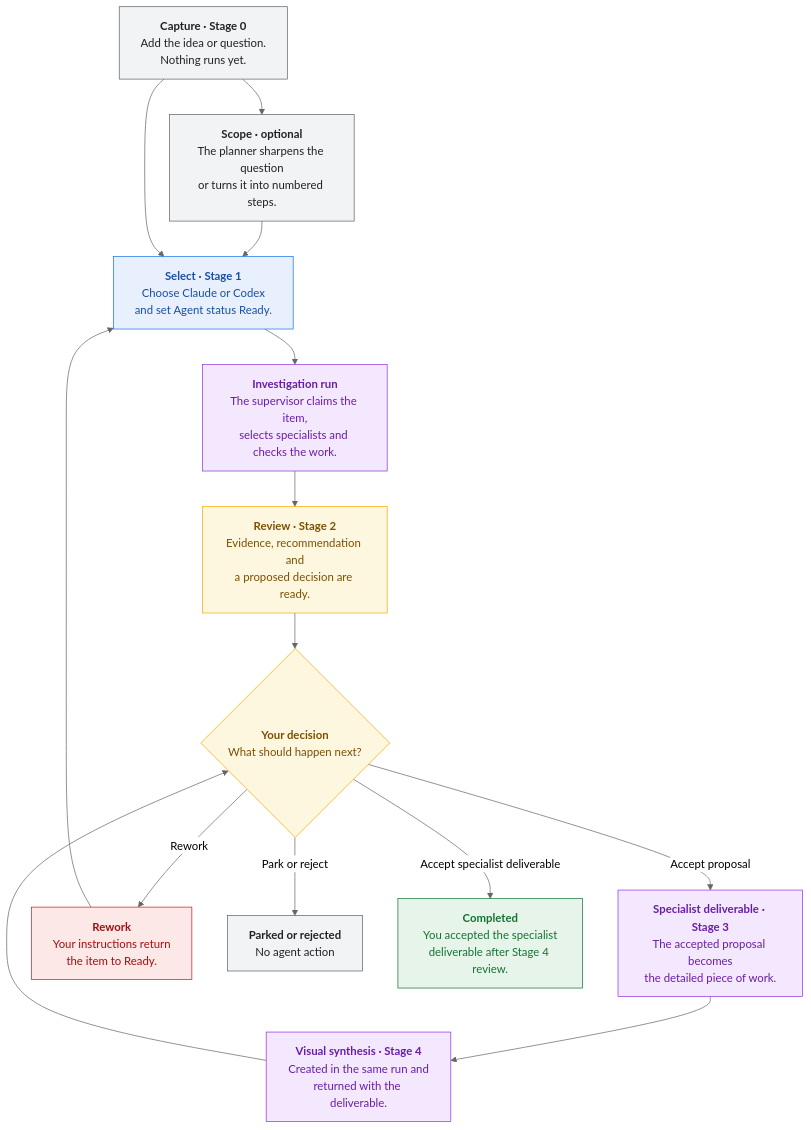
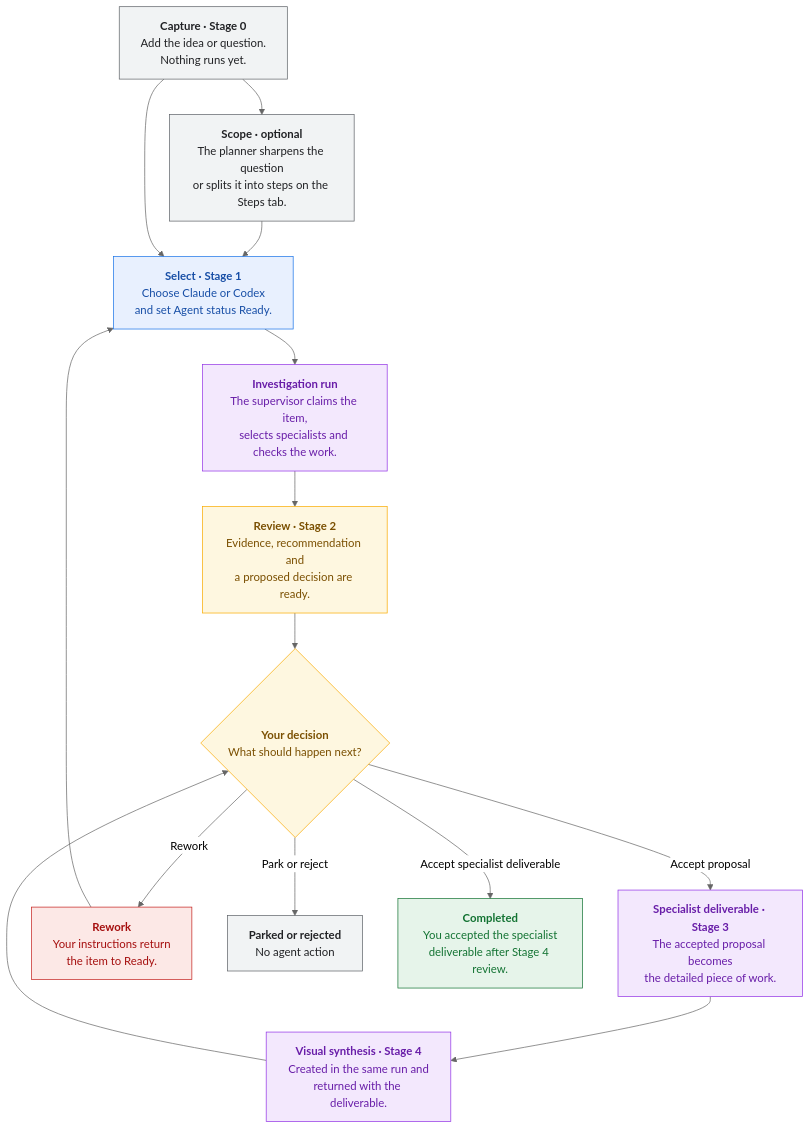
Before and after one commit to Welladino/Horology: the second of 2 diagrams in docs/runbook/setup/how-horology-works.md, drawn with Mermaid (neutral theme). The commit also changed other lines of this file and 16 other files, not shown here.

````diff
--- a/docs/runbook/setup/how-horology-works.md
+++ b/docs/runbook/setup/how-horology-works.md
@@ -71,35 +71,35 @@
 ```mermaid
 flowchart TB
   capture["<b>Capture · Stage 0</b><br/>Add the idea or question.<br/>Nothing runs yet."]
-  plan["<b>Scope · optional</b><br/>The planner sharpens the question<br/>or turns it into numbered steps."]
+  plan["<b>Scope · optional</b><br/>The planner sharpens the question<br/>or splits it into steps on the Steps tab."]
   ready["<b>Select · Stage 1</b><br/>Choose Claude or Codex<br/>and set Agent status Ready."]
   investigate["<b>Investigation run</b><br/>The supervisor claims the item,<br/>selects specialists and checks the work."]
   proposal["<b>Review · Stage 2</b><br/>Evidence, recommendation and<br/>a proposed decision are ready."]
   decision{"<b>Your decision</b><br/>What should happen next?"}
   deliverable["<b>Specialist deliverable · Stage 3</b><br/>The accepted proposal becomes<br/>the detailed piece of work."]
   synthesis["<b>Visual synthesis · Stage 4</b><br/>Created in the same run and<br/>returned with the deliverable."]
   revise["<b>Rework</b><br/>Your instructions return<br/>the item to Ready."]
   stopped["<b>Parked or rejected</b><br/>No agent action"]
   done["<b>Completed</b><br/>You accepted the specialist<br/>deliverable after Stage 4 review."]
 
   capture --> plan --> ready
   capture --> ready
   ready --> investigate --> proposal --> decision
   decision -->|Accept proposal| deliverable --> synthesis --> decision
   decision -->|Rework| revise --> ready
   decision -->|Park or reject| stopped
   decision -->|Accept specialist deliverable| done
 
   classDef captureStyle fill:#f1f3f4,stroke:#5f6368,color:#202124
   classDef selected fill:#e8f0fe,stroke:#1a73e8,color:#174ea6
   classDef agent fill:#f3e8fd,stroke:#9334e6,color:#681da8
   classDef review fill:#fef7e0,stroke:#f9ab00,color:#7a4f01
   classDef success fill:#e6f4ea,stroke:#137333,color:#137333
   classDef reviseStyle fill:#fce8e6,stroke:#c5221f,color:#a50e0e
   class capture,plan,stopped captureStyle
   class ready selected
   class investigate,deliverable,synthesis agent
   class proposal,decision review
   class done success
   class revise reviseStyle
 ```
````
